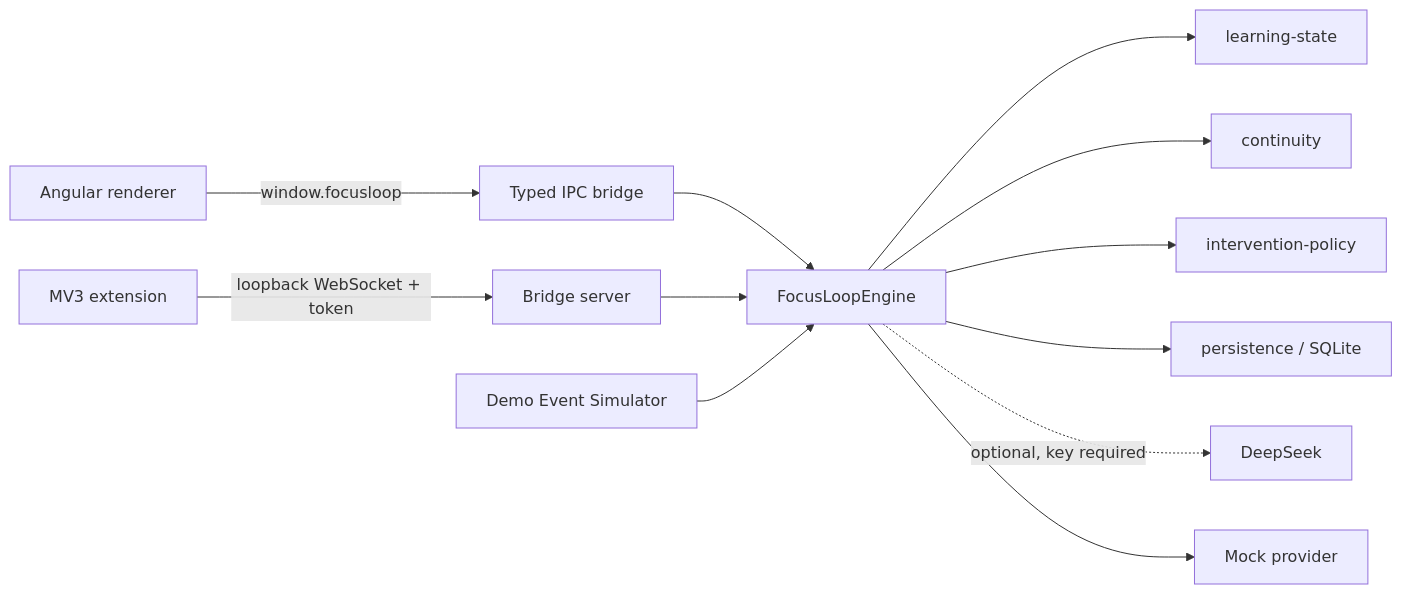
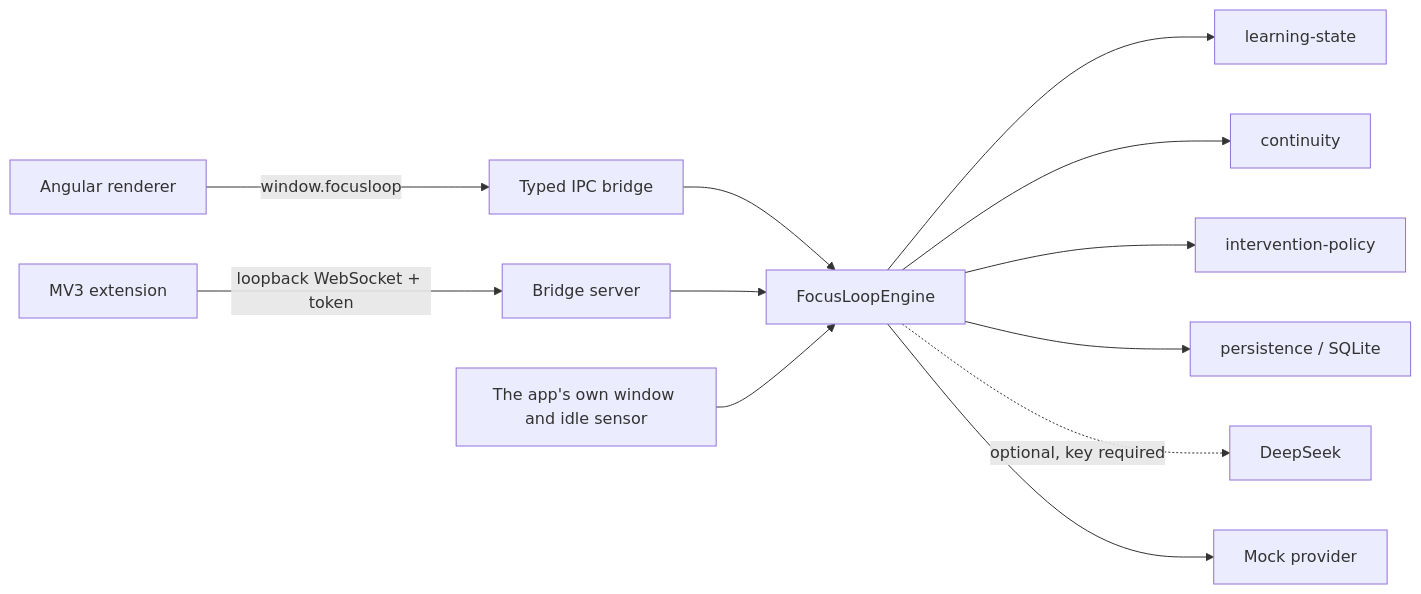
One commit to JunLang-7/focusloop changed the diagram in README.md. Above: the diagram before and after it, drawn with Mermaid. The commit also changed other lines of this file and 3 other files, not shown here.

````diff
--- a/README.md
+++ b/README.md
@@ -197,14 +203,14 @@
 ```mermaid
 flowchart LR
   UI[Angular renderer] -->|window.focusloop| IPC[Typed IPC bridge]
   EXT[MV3 extension] -->|loopback WebSocket + token| BRIDGE[Bridge server]
   IPC --> ENGINE[FocusLoopEngine]
   BRIDGE --> ENGINE
-  SIM[Demo Event Simulator] --> ENGINE
+  EVENT[The app's own window and idle sensor] --> ENGINE
   ENGINE --> STATE[learning-state]
   ENGINE --> CONT[continuity]
   ENGINE --> POL[intervention-policy]
   ENGINE --> STORE[persistence / SQLite]
   ENGINE -.->|optional, key required| LLM[DeepSeek]
   ENGINE --> MOCK[Mock provider]
 ```
````
